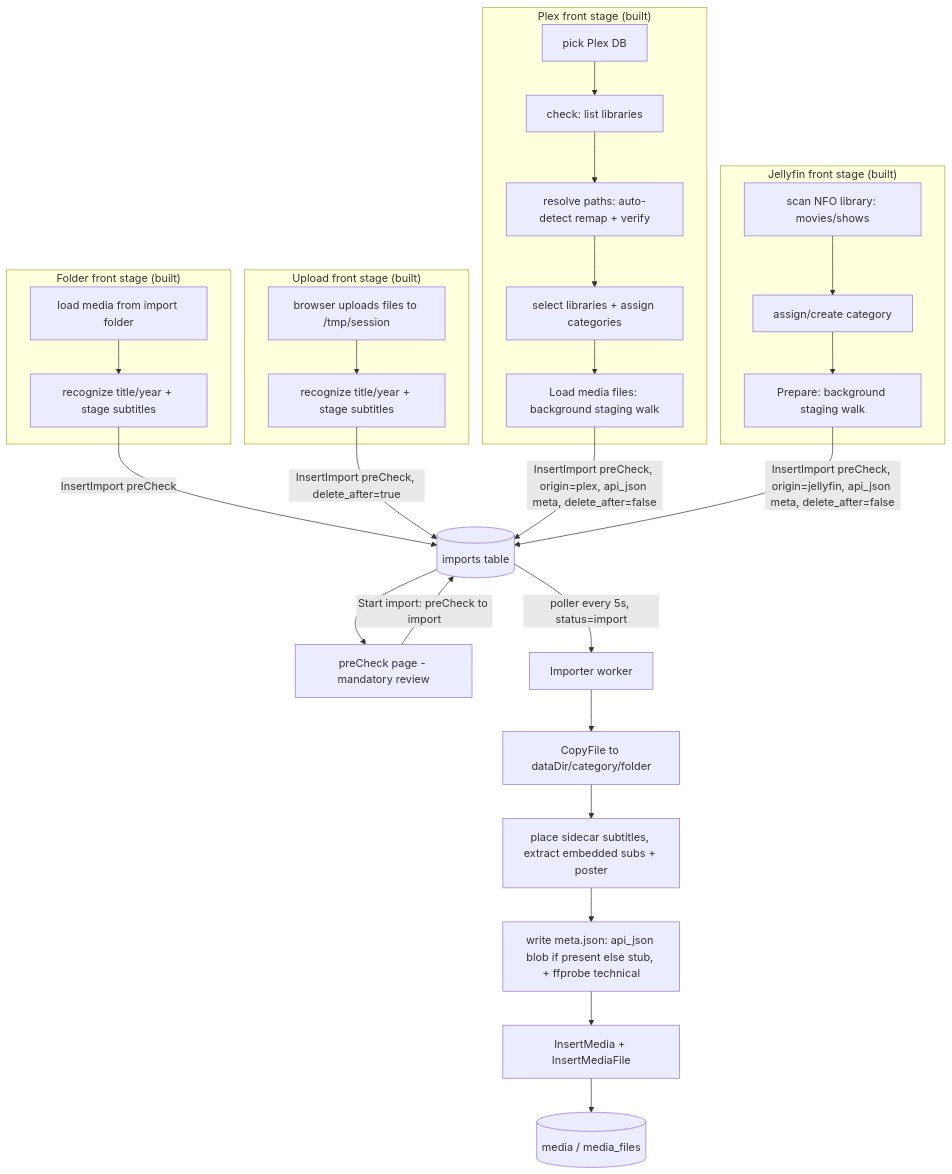
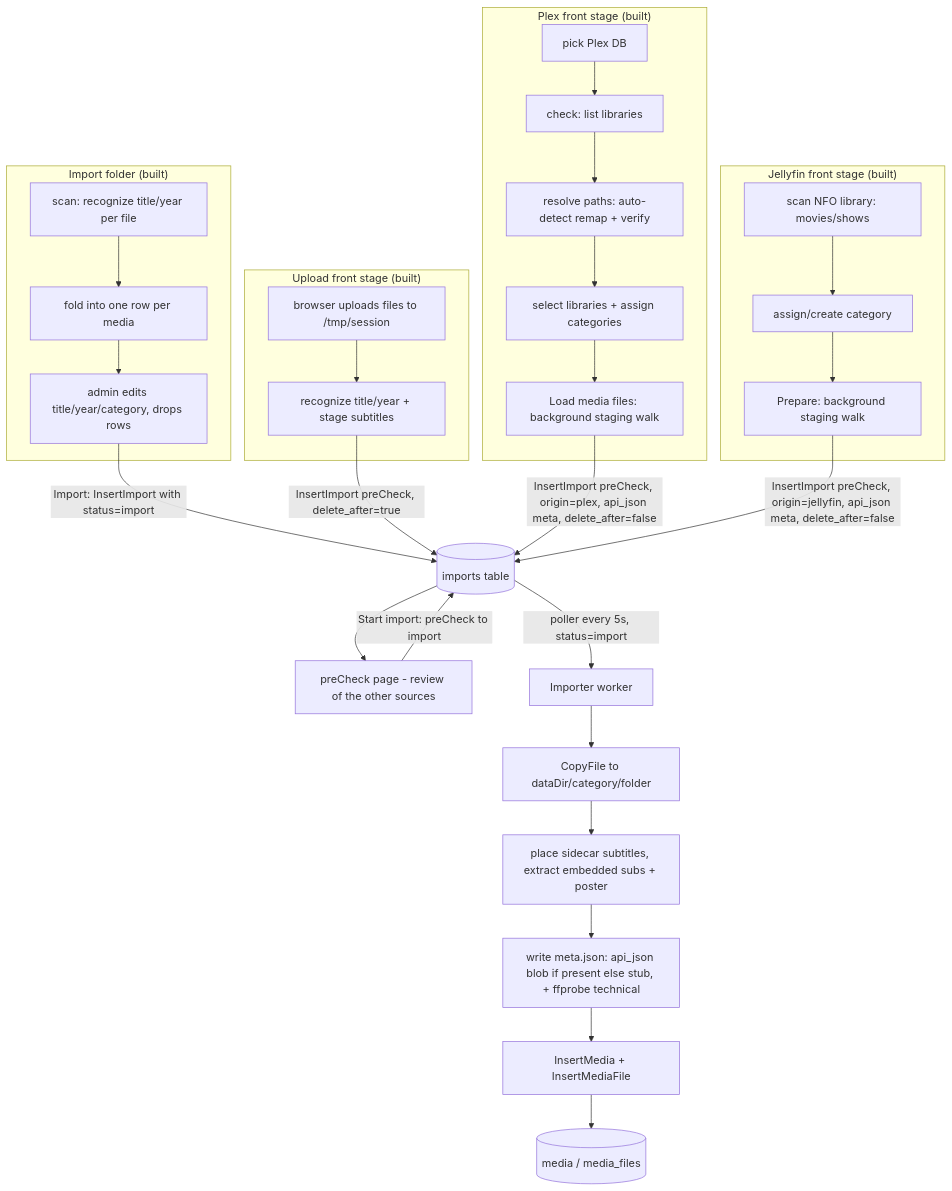
One commit to xuedi/FileFin changed the first of 2 diagrams in docs/import.md. Above: the diagram before and after it, drawn with Mermaid. The commit also changed other lines of this file and 19 other files, not shown here.

````diff
--- a/docs/import.md
+++ b/docs/import.md
@@ -40,27 +59,27 @@
 ```mermaid
 flowchart TD
-    subgraph Folder["Folder front stage (built)"]
-        FS[load media from import folder] --> FR[recognize title/year + stage subtitles]
+    subgraph Folder["Import folder (built)"]
+        FS[scan: recognize title/year per file] --> FG[fold into one row per media] --> FE[admin edits title/year/category, drops rows]
     end
     subgraph Upload["Upload front stage (built)"]
         UB[browser uploads files to /tmp/session] --> UR[recognize title/year + stage subtitles]
     end
     subgraph Plex["Plex front stage (built)"]
         PX[pick Plex DB] --> PC2[check: list libraries] --> PR[resolve paths: auto-detect remap + verify] --> PA[select libraries + assign categories] --> PP[Load media files: background staging walk]
     end
     subgraph Jellyfin["Jellyfin front stage (built)"]
         JT[scan NFO library: movies/shows] --> JA[assign/create category] --> JP[Prepare: background staging walk]
     end
-    FR -->|InsertImport preCheck| T[(imports table)]
+    FE -->|Import: InsertImport with status=import| T[(imports table)]
     UR -->|InsertImport preCheck, delete_after=true| T
     PP -->|InsertImport preCheck, origin=plex, api_json meta, delete_after=false| T
     JP -->|InsertImport preCheck, origin=jellyfin, api_json meta, delete_after=false| T
-    T --> PC[preCheck page - mandatory review]
+    T --> PC[preCheck page - review of the other sources]
     PC -->|Start import: preCheck to import| T
     T -->|poller every 5s, status=import| W[Importer worker]
     W --> C[CopyFile to dataDir/category/folder]
     C --> SU[place sidecar subtitles, extract embedded subs + poster]
     SU --> M[write meta.json: api_json blob if present else stub, + ffprobe technical]
     M --> MI[InsertMedia + InsertMediaFile]
     MI --> D[(media / media_files)]
 ```
````
